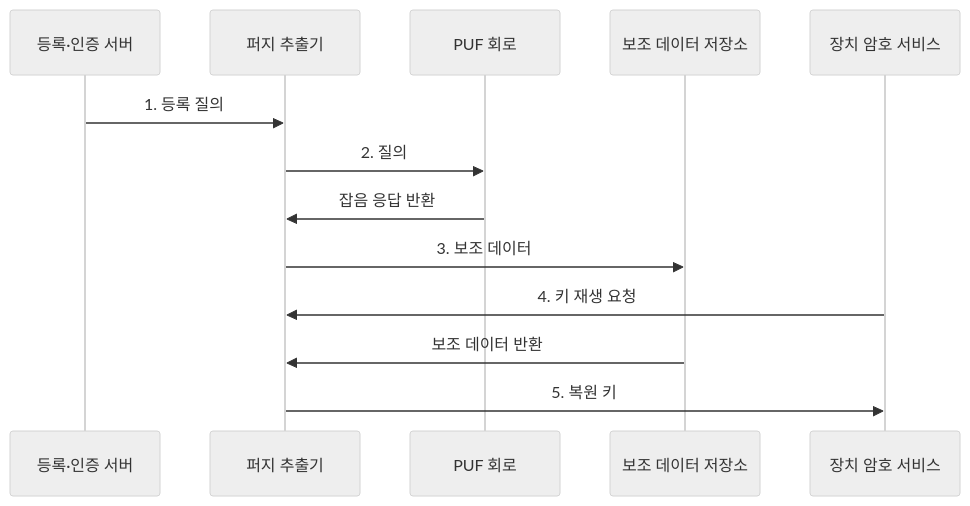
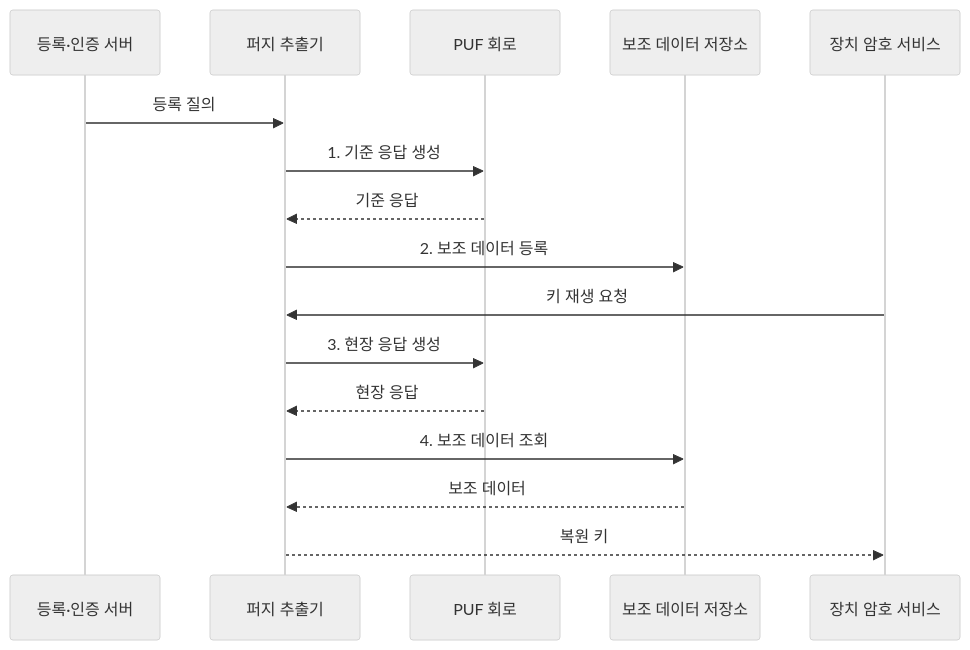
One commit to agnusdei1207/knowledge-base changed the second of 2 diagrams in src/content/docs/notes/02-hardware/070_physical_unclonable_function.md. Above: the diagram before and after it, drawn with Mermaid (neutral theme). The commit also changed other lines of this file and 17 other files, not shown here.

````diff
--- a/src/content/docs/notes/02-hardware/070_physical_unclonable_function.md
+++ b/src/content/docs/notes/02-hardware/070_physical_unclonable_function.md
@@ -96,16 +96,19 @@
 ```mermaid
 sequenceDiagram
     participant E as 등록·인증 서버
     participant F as 퍼지 추출기
     participant P as PUF 회로
     participant H as 보조 데이터 저장소
     participant C as 장치 암호 서비스
 
-    E->>F: 1. 등록 질의
-    F->>P: 2. 질의
-    P->>F: 잡음 응답 반환
-    F->>H: 3. 보조 데이터
-    C->>F: 4. 키 재생 요청
-    H->>F: 보조 데이터 반환
-    F->>C: 5. 복원 키
+    E->>F: 등록 질의
+    F->>P: 1. 기준 응답 생성
+    P-->>F: 기준 응답
+    F->>H: 2. 보조 데이터 등록
+    C->>F: 키 재생 요청
+    F->>P: 3. 현장 응답 생성
+    P-->>F: 현장 응답
+    F->>H: 4. 보조 데이터 조회
+    H-->>F: 보조 데이터
+    F-->>C: 복원 키
 ```
````
